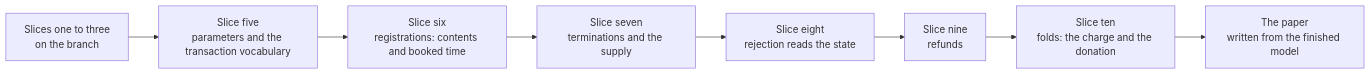
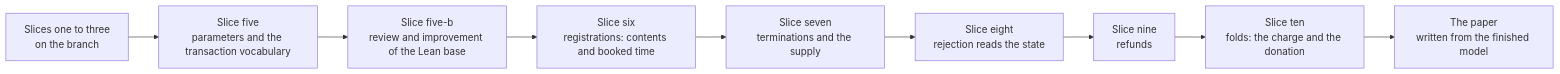
One commit to lambdasistemi/singular changed the diagram in specs/494-protected-rejection-rule/economics-plan.md. Above: the diagram before and after it, drawn with Mermaid. The commit also changed other lines of this file and 9 other files, not shown here.

First line of the commit message:
docs(494): plan a review and improvement slice of the Lean base before slice six

````diff
--- a/specs/494-protected-rejection-rule/economics-plan.md
+++ b/specs/494-protected-rejection-rule/economics-plan.md
@@ -12,10 +12,11 @@
 ```mermaid
 flowchart LR
     S3[Slices one to three<br/>on the branch] --> P5[Slice five<br/>parameters and the transaction vocabulary]
-    P5 --> P6[Slice six<br/>registrations: contents and booked time]
+    P5 --> P5b[Slice five-b<br/>review and improvement of the Lean base]
+    P5b --> P6[Slice six<br/>registrations: contents and booked time]
     P6 --> P7[Slice seven<br/>terminations and the supply]
     P7 --> P8[Slice eight<br/>rejection reads the state]
     P8 --> P9[Slice nine<br/>refunds]
     P9 --> P10[Slice ten<br/>folds: the charge and the donation]
     P10 --> Paper[The paper<br/>written from the finished model]
 ```
````
